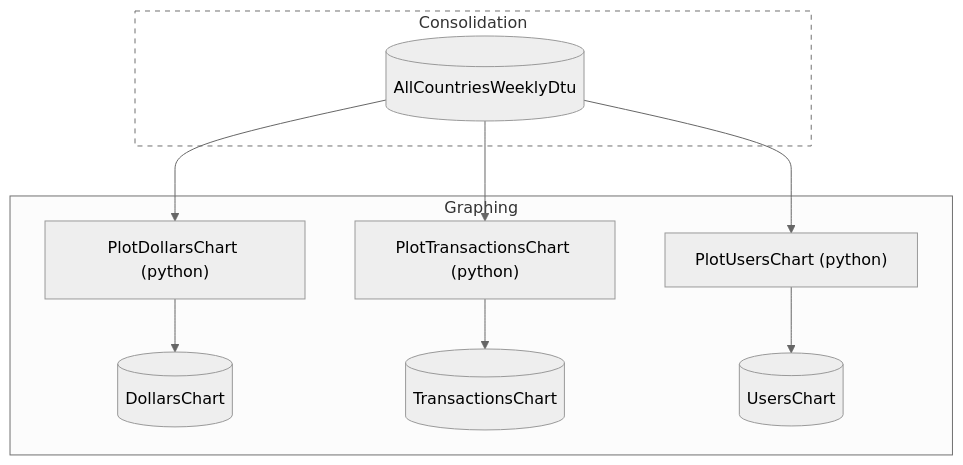
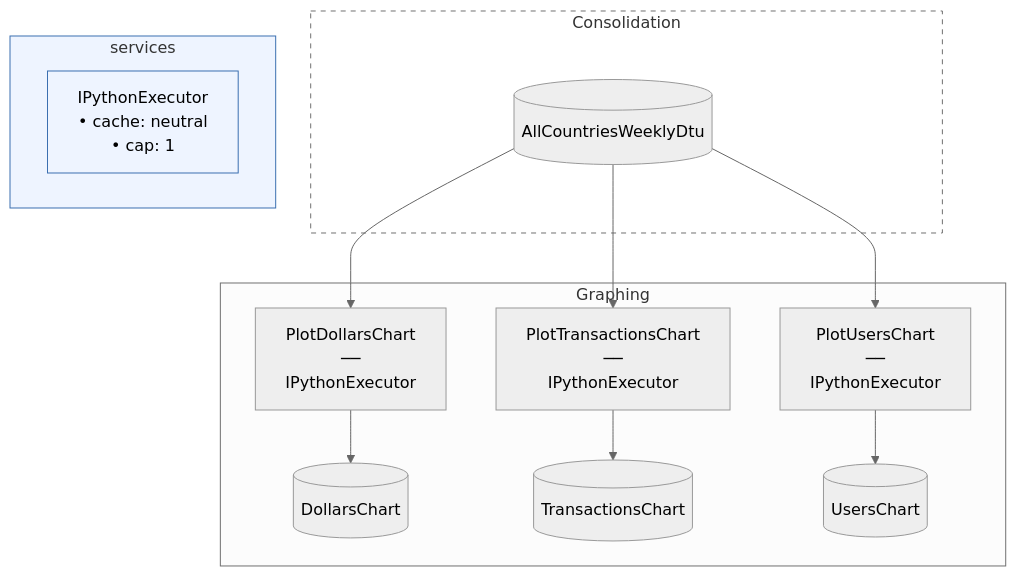
One commit to chaoticgoodcomputing/flowthru changed the fourth of 5 diagrams in examples/advanced/RetailDataSplitFlow/README.md. Above: the diagram before and after it, drawn with Mermaid (neutral theme). The commit also changed other lines of this file and 18 other files, not shown here.

````diff
--- a/examples/advanced/RetailDataSplitFlow/README.md
+++ b/examples/advanced/RetailDataSplitFlow/README.md
@@ -185,27 +306,35 @@
 ```mermaid
 flowchart TB
 
     subgraph Consolidation_us["Consolidation"]
         AllCountriesWeeklyDtu[("AllCountriesWeeklyDtu")]
     end
 
     subgraph Graphing["Graphing"]
-        PlotDollarsChart["PlotDollarsChart (python)"]
+        PlotDollarsChart["PlotDollarsChart<br>──<br>IPythonExecutor"]
         DollarsChart[("DollarsChart")]
-        PlotTransactionsChart["PlotTransactionsChart (python)"]
+        PlotTransactionsChart["PlotTransactionsChart<br>──<br>IPythonExecutor"]
         TransactionsChart[("TransactionsChart")]
-        PlotUsersChart["PlotUsersChart (python)"]
+        PlotUsersChart["PlotUsersChart<br>──<br>IPythonExecutor"]
         UsersChart[("UsersChart")]
     end
+
+    %% Service legend
+    subgraph service_legend["services"]
+        svc_Flowthru_Step_Python_IPythonExecutor["IPythonExecutor<br>• cache: neutral<br>• cap: 1"]
+    end
+    style service_legend fill:#EEF4FF,stroke:#3B6FB0
+    classDef serviceNode fill:#EEF4FF,stroke:#3B6FB0
+    class svc_Flowthru_Step_Python_IPythonExecutor serviceNode
 
     %% Edges
     AllCountriesWeeklyDtu --> PlotDollarsChart
     PlotDollarsChart --> DollarsChart
     AllCountriesWeeklyDtu --> PlotTransactionsChart
     PlotTransactionsChart --> TransactionsChart
     AllCountriesWeeklyDtu --> PlotUsersChart
     PlotUsersChart --> UsersChart
 
     classDef collapsed stroke-dasharray:5 5,fill:transparent
     class Consolidation_us collapsed
 ```
````
